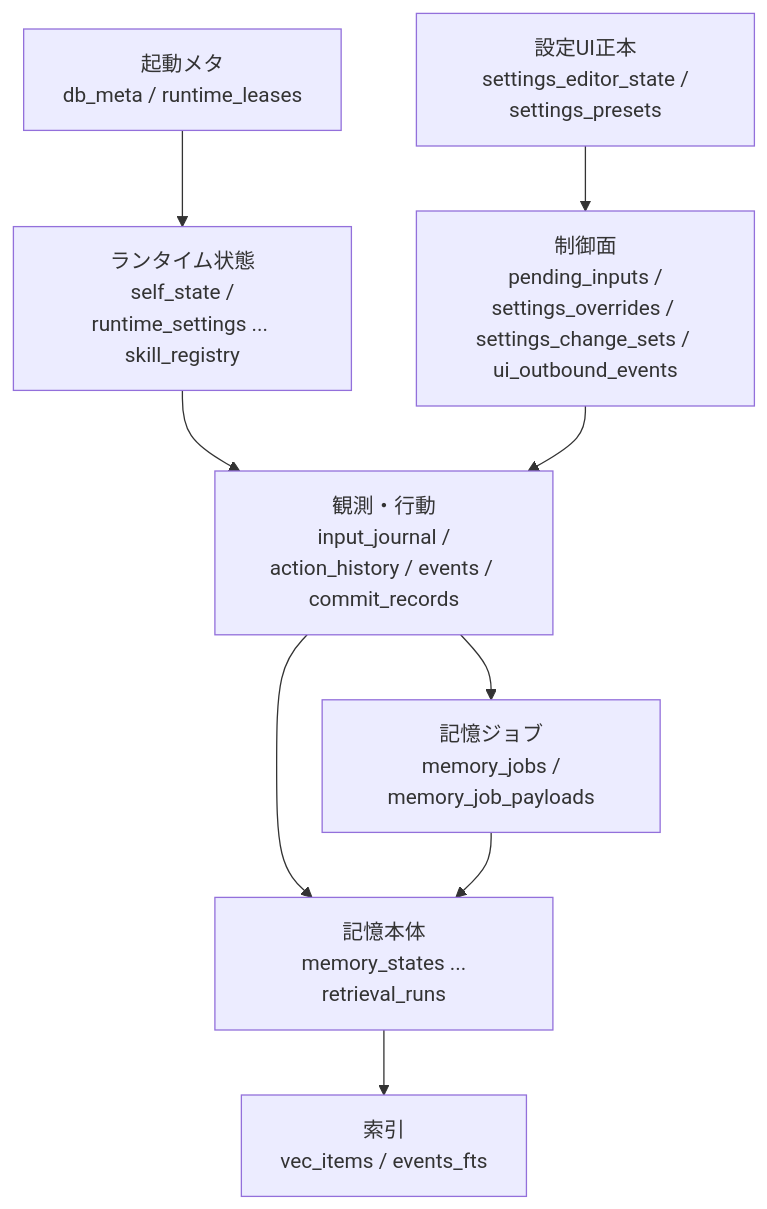
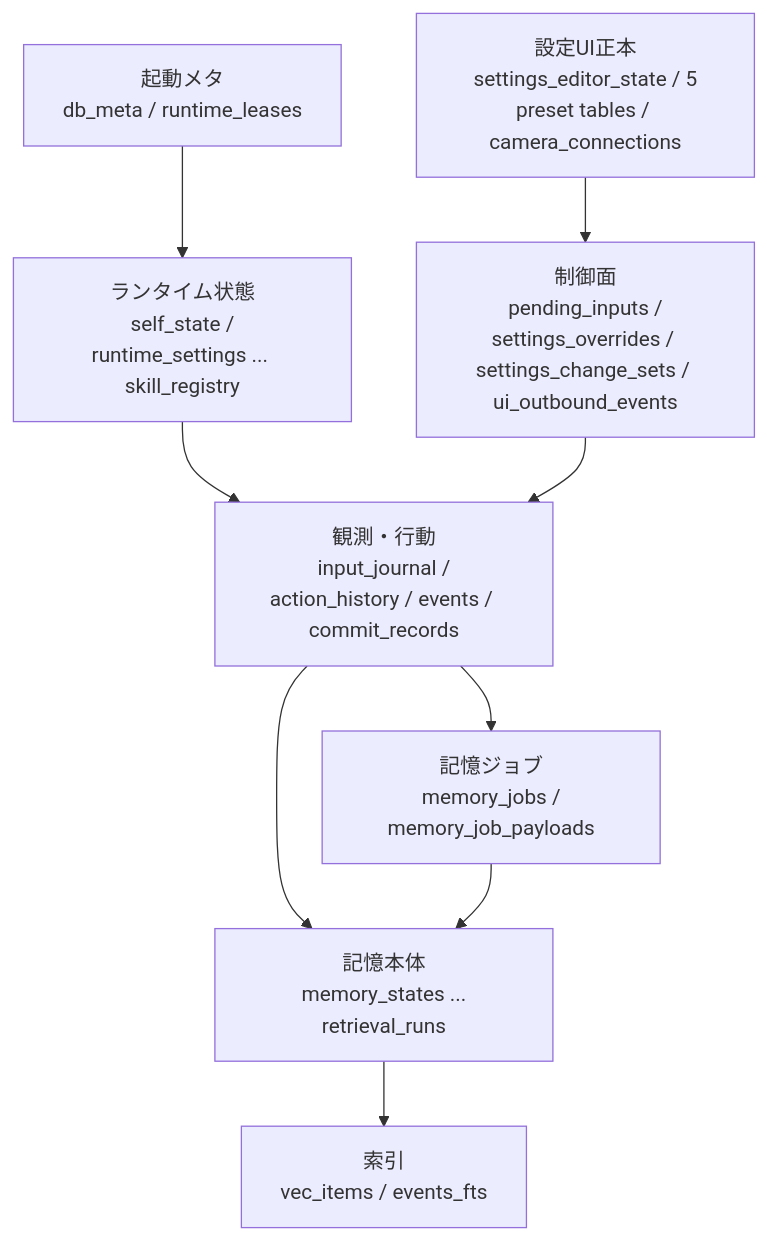
One commit to hirona98/OtomeKairo changed the diagram in docs/34_SQLite論理スキーマ.md. Above: the diagram before and after it, drawn with Mermaid. The commit also changed other lines of this file and 13 other files, not shown here.

````diff
--- a/docs/34_SQLite論理スキーマ.md
+++ b/docs/34_SQLite論理スキーマ.md
@@ -51,20 +51,20 @@
 ```mermaid
 flowchart TD
     meta["起動メタ\n db_meta / runtime_leases"]
     runtime["ランタイム状態\n self_state / runtime_settings ... skill_registry"]
-    editor["設定UI正本\n settings_editor_state / settings_presets"]
+    editor["設定UI正本\n settings_editor_state / 5 preset tables / camera_connections"]
     control["制御面\n pending_inputs / settings_overrides / settings_change_sets / ui_outbound_events"]
     eventlog["観測・行動\n input_journal / action_history / events / commit_records"]
     memory["記憶本体\n memory_states ... retrieval_runs"]
     jobs["記憶ジョブ\n memory_jobs / memory_job_payloads"]
     index["索引\n vec_items / events_fts"]
 
     meta --> runtime
     editor --> control
     runtime --> eventlog
     control --> eventlog
     eventlog --> memory
     eventlog --> jobs
     jobs --> memory
     memory --> index
 ```
````
